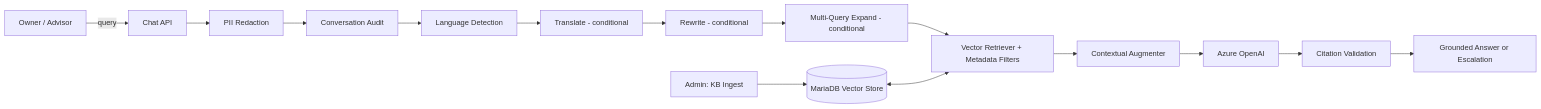
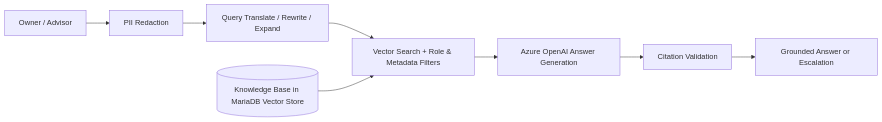
Before and after one commit to ajaychovatiya307/Autocare-AI: the diagram in README.md, drawn with Mermaid. The commit also changed other lines of this file, not shown here.

Commit message:
Rewrite README as a project description

````diff
--- a/README.md
+++ b/README.md
@@ -49,17 +50,10 @@
 ```mermaid
 flowchart LR
-    U[Owner / Advisor] -->|query| API[Chat API]
-    API --> RED[PII Redaction]
-    RED --> AUD[Conversation Audit]
-    AUD --> LANG[Language Detection]
-    LANG --> TQT[Translate - conditional]
-    TQT --> RQT[Rewrite - conditional]
-    RQT --> MQE[Multi-Query Expand - conditional]
-    MQE --> RET[Vector Retriever + Metadata Filters]
-    RET --> CQA[Contextual Augmenter]
-    CQA --> LLM[Azure OpenAI]
-    LLM --> CVA[Citation Validation]
-    CVA --> RESP[Grounded Answer or Escalation]
-    VS[(MariaDB Vector Store)] <--> RET
-    ADMIN[Admin: KB Ingest] --> VS
+    U[Owner / Advisor] --> R[PII Redaction]
+    R --> T[Query Translate / Rewrite / Expand]
+    T --> V[Vector Search + Role & Metadata Filters]
+    V --> L[Azure OpenAI Answer Generation]
+    L --> C[Citation Validation]
+    C --> A[Grounded Answer or Escalation]
+    KB[(Knowledge Base in MariaDB Vector Store)] --> V
 ```
````
